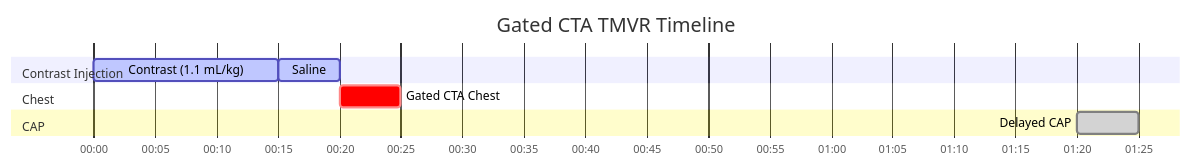
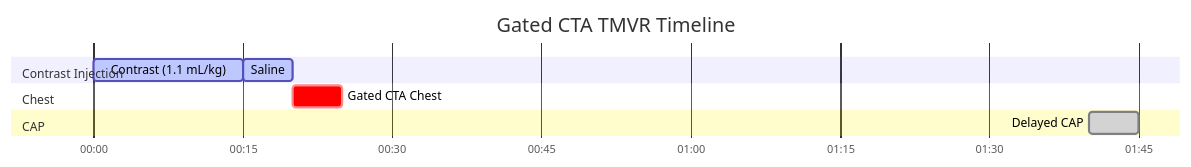
The diagram in docs/ct/cardiac/gated-cta-tmvr.md (dfergs93/radiology-protocols), drawn with Mermaid before and after one commit. The commit also changed other lines of this file and 13 other files, not shown here.

````diff
--- a/docs/ct/cardiac/gated-cta-tmvr.md
+++ b/docs/ct/cardiac/gated-cta-tmvr.md
@@ -88,20 +88,20 @@
   ```mermaid
   ---
   displayMode: compact
   config:
     theme: default
     themeCSS: " #Saline{ fill: #4ed5ff; stroke: #2094f3; } "
   ---
     gantt
       title Gated CTA TMVR Timeline
       dateFormat mm:ss
       axisFormat %M:%S 
       
       section Contrast Injection
       Contrast (1.1 mL/kg)    :active, contrast, 00:00, 15s
       Saline          :active, saline, after contrast, 5s
       section Chest
       Gated CTA Chest    :crit, scan1, after saline, 5s
       section CAP
-      Delayed CAP    :done, scan2, 01:20, 5s
+      Delayed CAP    :done, scan2, 01:40, 5s
   ```
````
